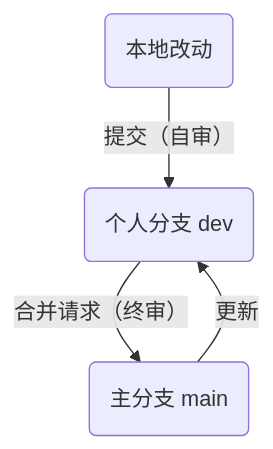
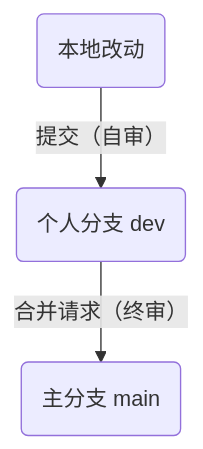
The first of 3 diagrams in notes/git.md (OmooLab/omoolab), drawn with Mermaid before and after one commit. The commit also changed other lines of this file, not shown here.

Commit message:
Refactor git.md for improved clarity and organization; remove unnecessary mermaid diagram and enhance flowchart labels

````diff
--- a/notes/git.md
+++ b/notes/git.md
@@ -46,10 +14,8 @@
 ```mermaid
 flowchart TD
   changes(本地改动)
   dev(个人分支 dev)
   main(主分支 main)
   changes -- 提交（自审） --> dev
   dev -- 合并请求（终审） --> main
-  main -- 更新 --> dev
-  
 ```
````
